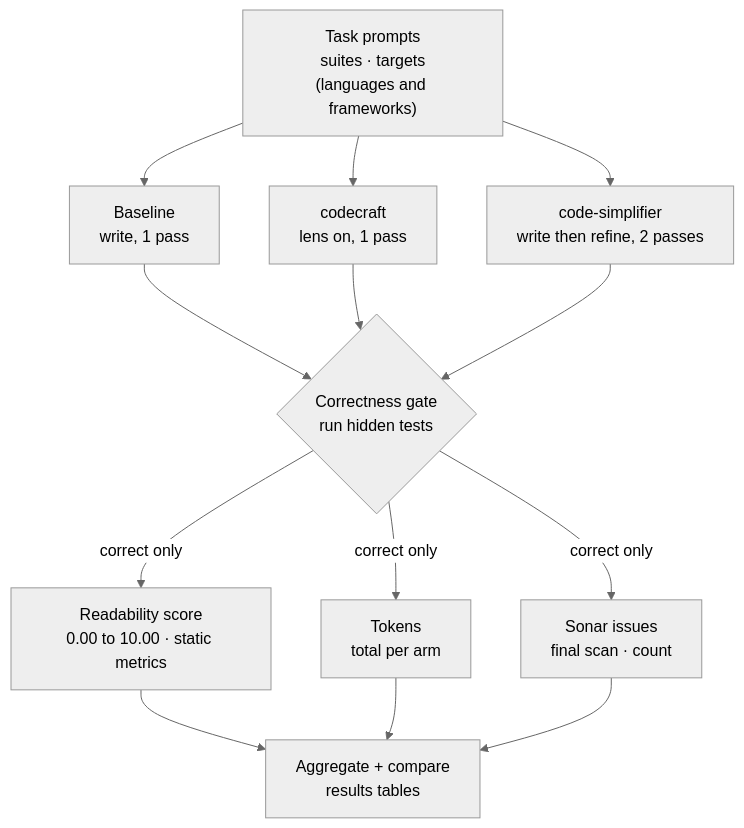
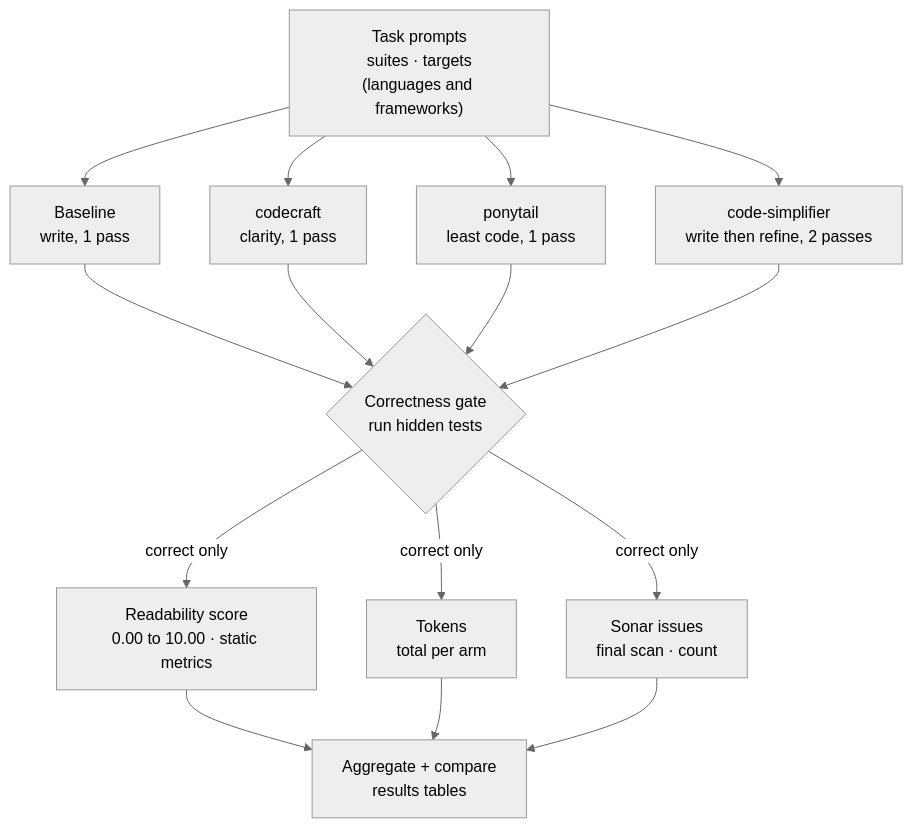
One commit to andreafreda/codecraft changed the diagram in comparison/COMPARISON.md. Above: the diagram before and after it, drawn with Mermaid (neutral theme). The commit also changed other lines of this file and 1 other file, not shown here.

First line of the commit message:
Add ponytail as a fourth benchmark arm (brevity-vs-clarity foil)

````diff
--- a/comparison/COMPARISON.md
+++ b/comparison/COMPARISON.md
@@ -116,16 +116,18 @@
 ```mermaid
 flowchart TD
     P["Task prompts<br/>suites · targets<br/>(languages and frameworks)"]
     P --> A["Baseline<br/>write, 1 pass"]
-    P --> B["codecraft<br/>lens on, 1 pass"]
+    P --> B["codecraft<br/>clarity, 1 pass"]
+    P --> D["ponytail<br/>least code, 1 pass"]
     P --> C["code-simplifier<br/>write then refine, 2 passes"]
     A --> G{"Correctness gate<br/>run hidden tests"}
     B --> G
+    D --> G
     C --> G
     G -->|correct only| R["Readability score<br/>0.00 to 10.00 · static metrics"]
     G -->|correct only| T["Tokens<br/>total per arm"]
     G -->|correct only| S["Sonar issues<br/>final scan · count"]
     R --> AG["Aggregate + compare<br/>results tables"]
     T --> AG
     S --> AG
 ```
````
